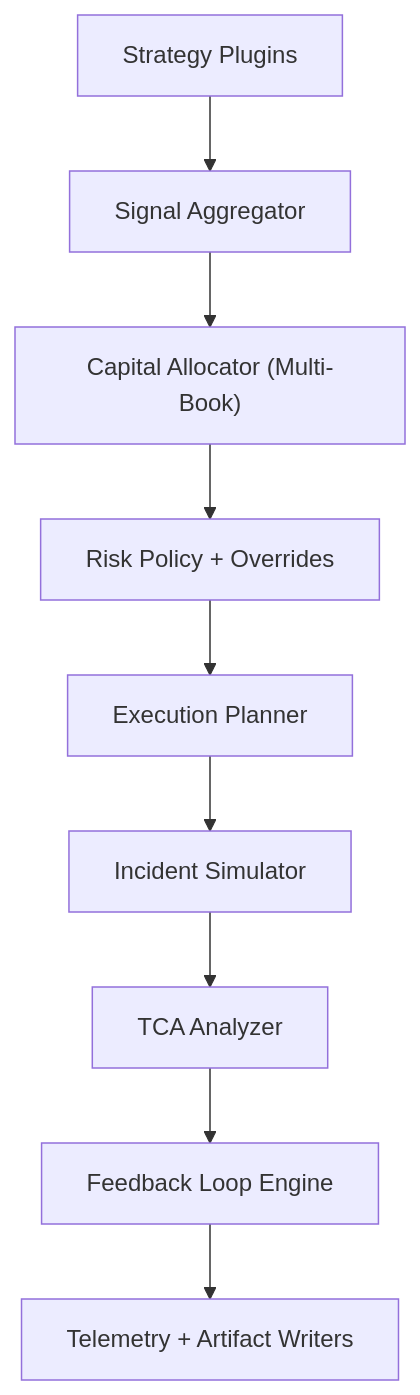
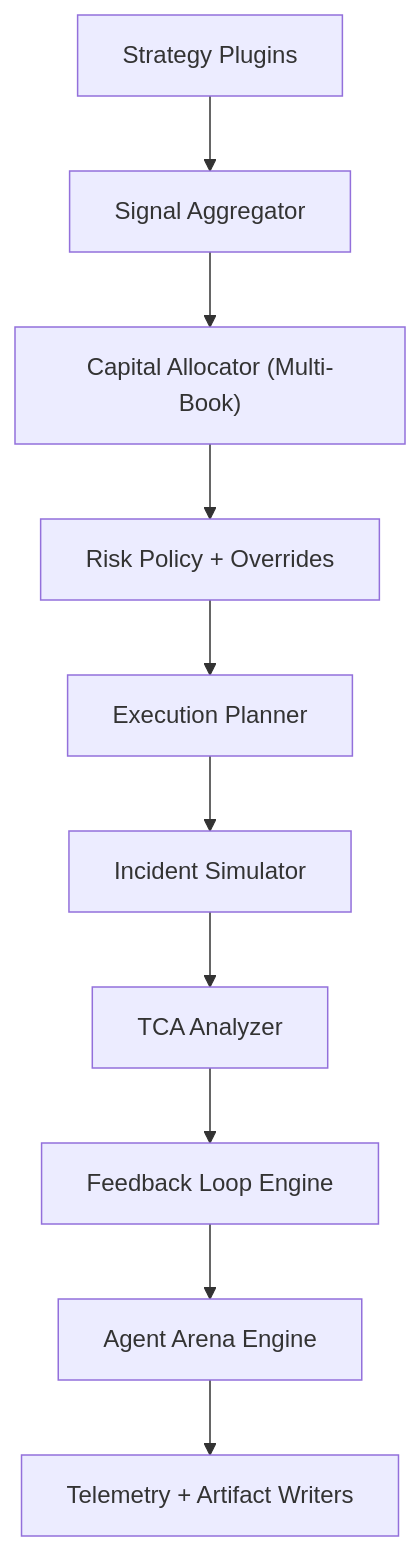
Before and after one commit to MaxLaurieHutchinson/equities-fund-launch-platform: the diagram in docs/MODULE_GUIDE.md, drawn with Mermaid. The commit also changed other lines of this file and 15 other files, not shown here.

Commit message:
feat: add agent arena capital negotiation extension

````diff
--- a/docs/MODULE_GUIDE.md
+++ b/docs/MODULE_GUIDE.md
@@ -5,11 +5,12 @@
 ```mermaid
 flowchart TD
     A["Strategy Plugins"] --> B["Signal Aggregator"]
     B --> C["Capital Allocator (Multi-Book)"]
     C --> D["Risk Policy + Overrides"]
     D --> E["Execution Planner"]
     E --> F["Incident Simulator"]
     F --> G["TCA Analyzer"]
     G --> H["Feedback Loop Engine"]
-    H --> I["Telemetry + Artifact Writers"]
+    H --> I["Agent Arena Engine"]
+    I --> J["Telemetry + Artifact Writers"]
 ```
````
